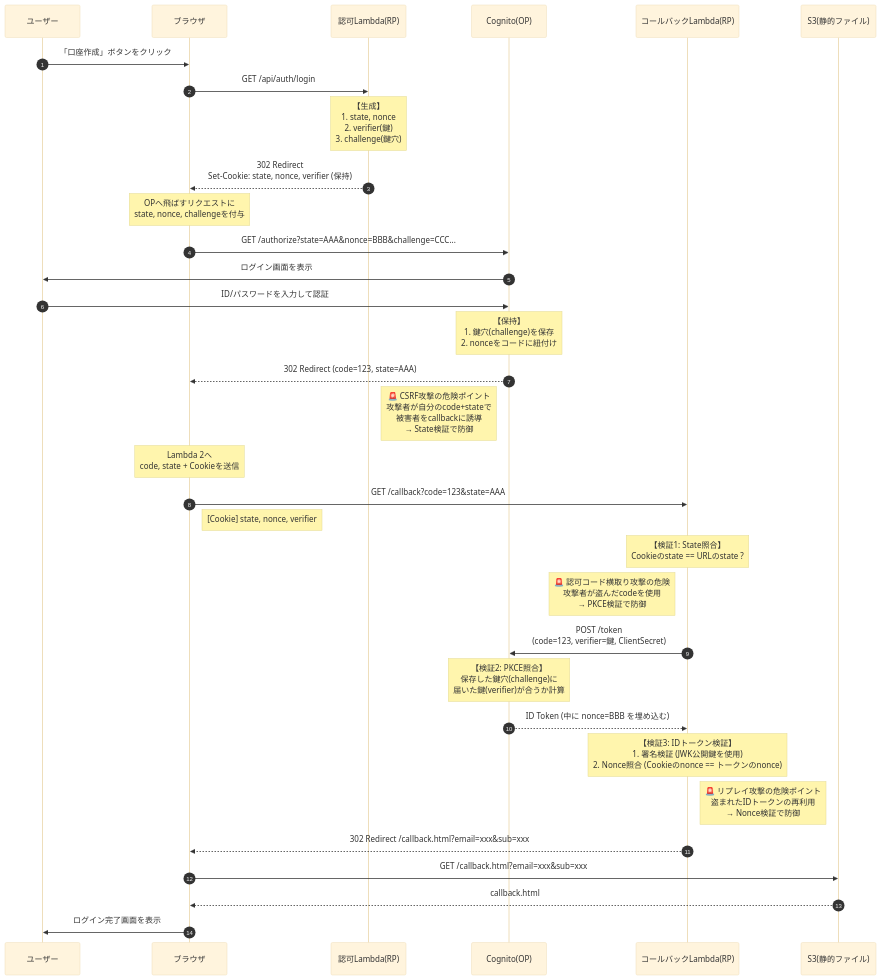
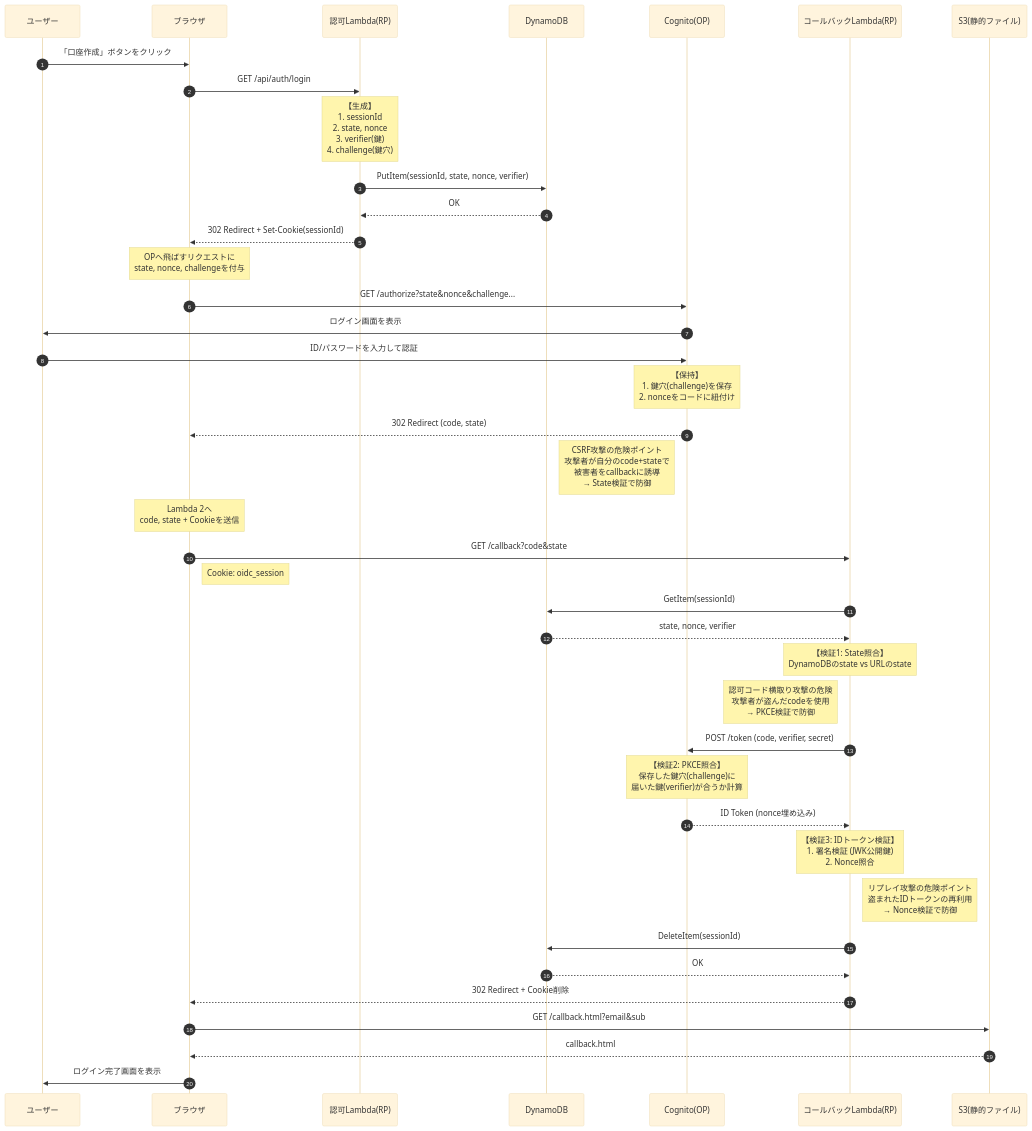
One commit to kasiopeiya/oidc-learning-sandbox changed the first of 5 diagrams in docs/backend-design.md. Above: the diagram before and after it, drawn with Mermaid (base theme). The commit also changed other lines of this file and 8 other files, not shown here.

````diff
--- a/docs/backend-design.md
+++ b/docs/backend-design.md
@@ -29,52 +29,62 @@
 ```mermaid
 sequenceDiagram
     autonumber
     participant User as ユーザー
     participant Browser as ブラウザ
     participant L1 as 認可Lambda(RP)
+    participant DDB as DynamoDB
     participant OP as Cognito(OP)
     participant L2 as コールバックLambda(RP)
     participant S3 as S3(静的ファイル)
 
     User->>Browser: 「口座作成」ボタンをクリック
     Browser->>L1: GET /api/auth/login
 
-    Note over L1: 【生成】<br/>1. state, nonce<br/>2. verifier(鍵)<br/>3. challenge(鍵穴)
-    
-    L1-->>Browser: 302 Redirect<br/>Set-Cookie: state, nonce, verifier (保持)
-    
+    Note over L1: 【生成】<br/>1. sessionId<br/>2. state, nonce<br/>3. verifier(鍵)<br/>4. challenge(鍵穴)
+
+    L1->>DDB: PutItem(sessionId, state, nonce, verifier)
+    DDB-->>L1: OK
+
+    L1-->>Browser: 302 Redirect + Set-Cookie(sessionId)
+
     Note over Browser: OPへ飛ばすリクエストに<br/>state, nonce, challengeを付与
-    Browser->>OP: GET /authorize?state=AAA&nonce=BBB&challenge=CCC...
-    
+    Browser->>OP: GET /authorize?state&nonce&challenge...
+
     OP->>User: ログイン画面を表示
     User->>OP: ID/パスワードを入力して認証
-    
+
     Note over OP: 【保持】<br/>1. 鍵穴(challenge)を保存<br/>2. nonceをコードに紐付け
-    
-    OP-->>Browser: 302 Redirect (code=123, state=AAA)
-    
-    Note left of OP: 🚨 CSRF攻撃の危険ポイント<br/>攻撃者が自分のcode+stateで<br/>被害者をcallbackに誘導<br/>→ State検証で防御
-    
+
+    OP-->>Browser: 302 Redirect (code, state)
+
+    Note left of OP: CSRF攻撃の危険ポイント<br/>攻撃者が自分のcode+stateで<br/>被害者をcallbackに誘導<br/>→ State検証で防御
+
     Note over Browser: Lambda 2へ<br/>code, state + Cookieを送信
-    Browser->>L2: GET /callback?code=123&state=AAA
-    Note right of Browser: [Cookie] state, nonce, verifier
+    Browser->>L2: GET /callback?code&state
+    Note right of Browser: Cookie: oidc_session
 
-    Note over L2: 【検証1: State照合】<br/>Cookieのstate == URLのstate ?
-    
-    Note left of L2: 🚨 認可コード横取り攻撃の危険<br/>攻撃者が盗んだcodeを使用<br/>→ PKCE検証で防御
-    
-    L2->>OP: POST /token<br/>(code=123, verifier=鍵, ClientSecret)
-    
+    L2->>DDB: GetItem(sessionId)
+    DDB-->>L2: state, nonce, verifier
+
+    Note over L2: 【検証1: State照合】<br/>DynamoDBのstate vs URLのstate
+
+    Note left of L2: 認可コード横取り攻撃の危険<br/>攻撃者が盗んだcodeを使用<br/>→ PKCE検証で防御
+
+    L2->>OP: POST /token (code, verifier, secret)
+
     Note over OP: 【検証2: PKCE照合】<br/>保存した鍵穴(challenge)に<br/>届いた鍵(verifier)が合うか計算
-    
-    OP-->>L2: ID Token (中に nonce=BBB を埋め込む)
 
-    Note over L2: 【検証3: IDトークン検証】<br/>1. 署名検証 (JWK公開鍵を使用)<br/>2. Nonce照合 (Cookieのnonce == トークンのnonce)
-    
-    Note right of L2: 🚨 リプレイ攻撃の危険ポイント<br/>盗まれたIDトークンの再利用<br/>→ Nonce検証で防御
-    
-    L2-->>Browser: 302 Redirect /callback.html?email=xxx&sub=xxx
-    Browser->>S3: GET /callback.html?email=xxx&sub=xxx
+    OP-->>L2: ID Token (nonce埋め込み)
+
+    Note over L2: 【検証3: IDトークン検証】<br/>1. 署名検証 (JWK公開鍵)<br/>2. Nonce照合
+
+    Note right of L2: リプレイ攻撃の危険ポイント<br/>盗まれたIDトークンの再利用<br/>→ Nonce検証で防御
+
+    L2->>DDB: DeleteItem(sessionId)
+    DDB-->>L2: OK
+
+    L2-->>Browser: 302 Redirect + Cookie削除
+    Browser->>S3: GET /callback.html?email&sub
     S3-->>Browser: callback.html
     Browser->>User: ログイン完了画面を表示
 ```
````
